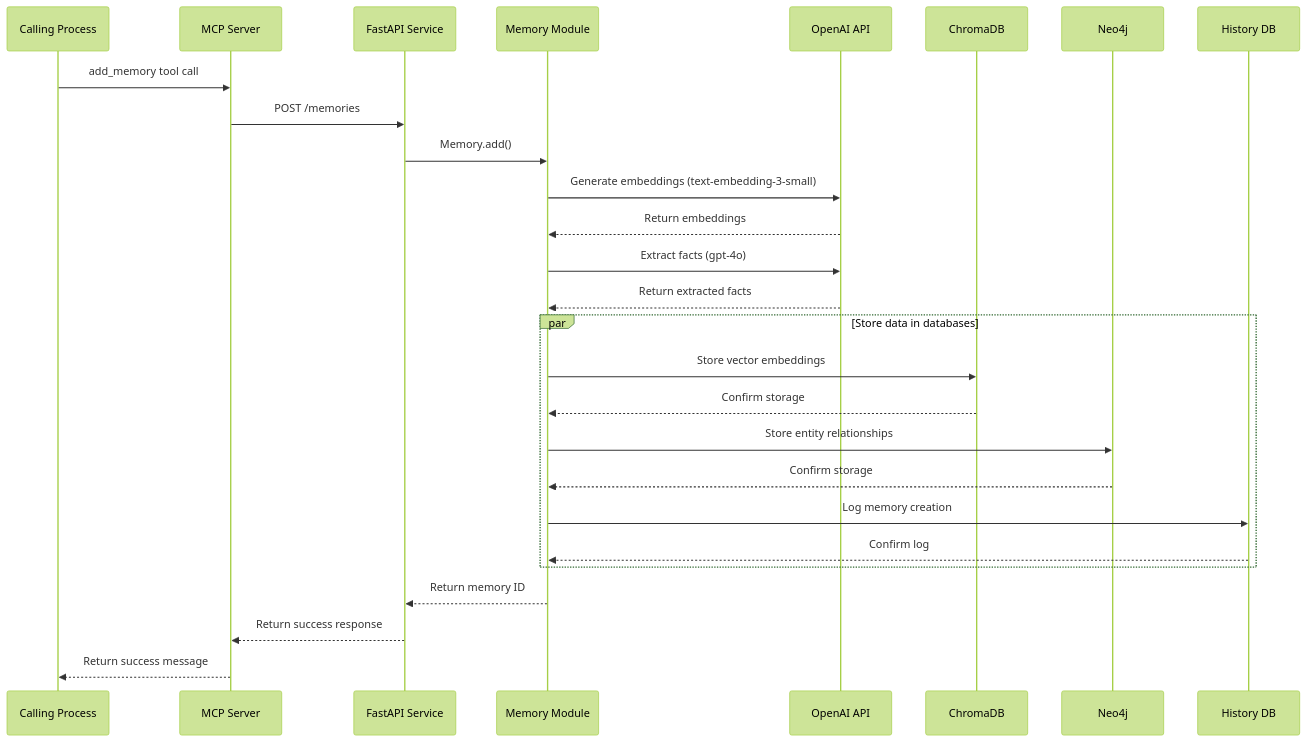
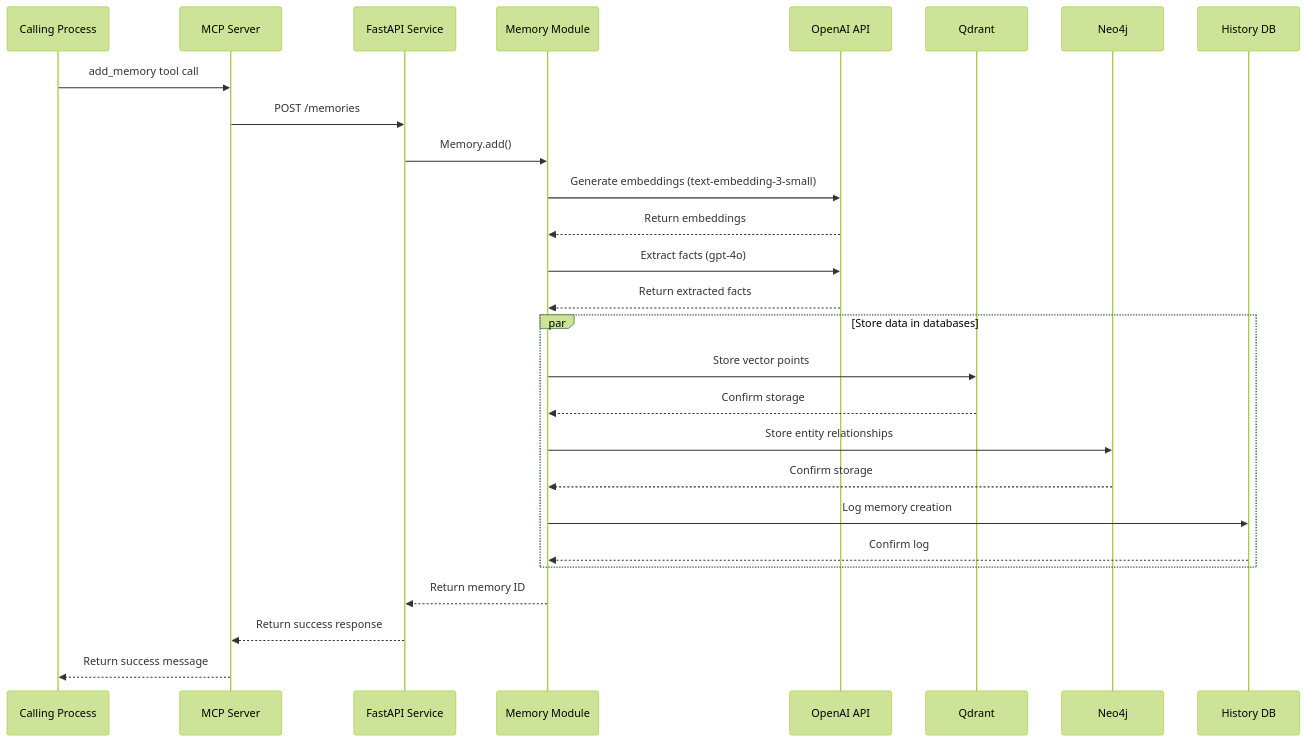
One commit to darrynv/dangeroo changed the fourth of 11 diagrams in dangeroo-mem0-mcp/docs/dangeroo-architecture.md. Above: the diagram before and after it, drawn with Mermaid (forest theme). The commit also changed other lines of this file and 7 other files, not shown here.

````diff
--- a/dangeroo-mem0-mcp/docs/dangeroo-architecture.md
+++ b/dangeroo-mem0-mcp/docs/dangeroo-architecture.md
@@ -145,36 +145,36 @@
 ```mermaid
 sequenceDiagram
     participant CallingProcess as Calling Process
     participant MCP as MCP Server
     participant API as FastAPI Service
     participant Mem0 as Memory Module
     participant OpenAI as OpenAI API
-    participant Chroma as ChromaDB
+    participant Qdrant as Qdrant
     participant Neo4j as Neo4j
     participant History as History DB
 
     CallingProcess->>MCP: add_memory tool call
     MCP->>API: POST /memories
     API->>Mem0: Memory.add()
     
     Mem0->>OpenAI: Generate embeddings (text-embedding-3-small)
     OpenAI-->>Mem0: Return embeddings
     
     Mem0->>OpenAI: Extract facts (gpt-4o)
     OpenAI-->>Mem0: Return extracted facts
     
     par Store data in databases
-        Mem0->>Chroma: Store vector embeddings
-        Chroma-->>Mem0: Confirm storage
+        Mem0->>Qdrant: Store vector points
+        Qdrant-->>Mem0: Confirm storage
         
         Mem0->>Neo4j: Store entity relationships
         Neo4j-->>Mem0: Confirm storage
         
         Mem0->>History: Log memory creation
         History-->>Mem0: Confirm log
     end
     
     Mem0-->>API: Return memory ID
     API-->>MCP: Return success response
     MCP-->>CallingProcess: Return success message
 ```
````
